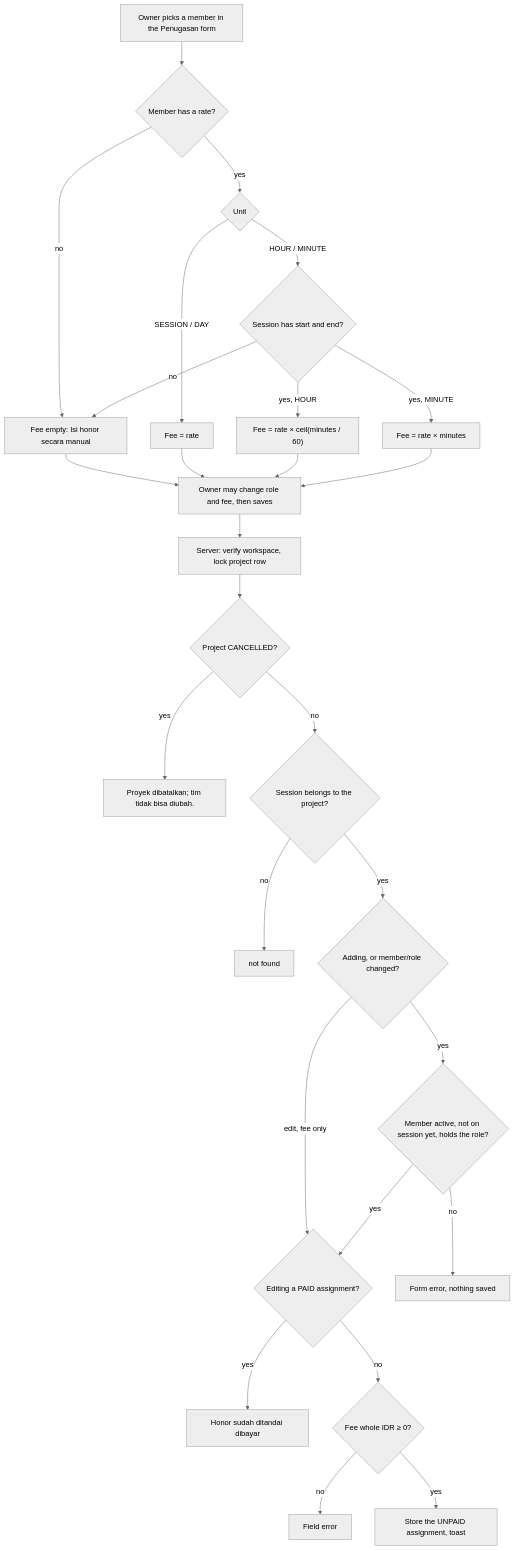
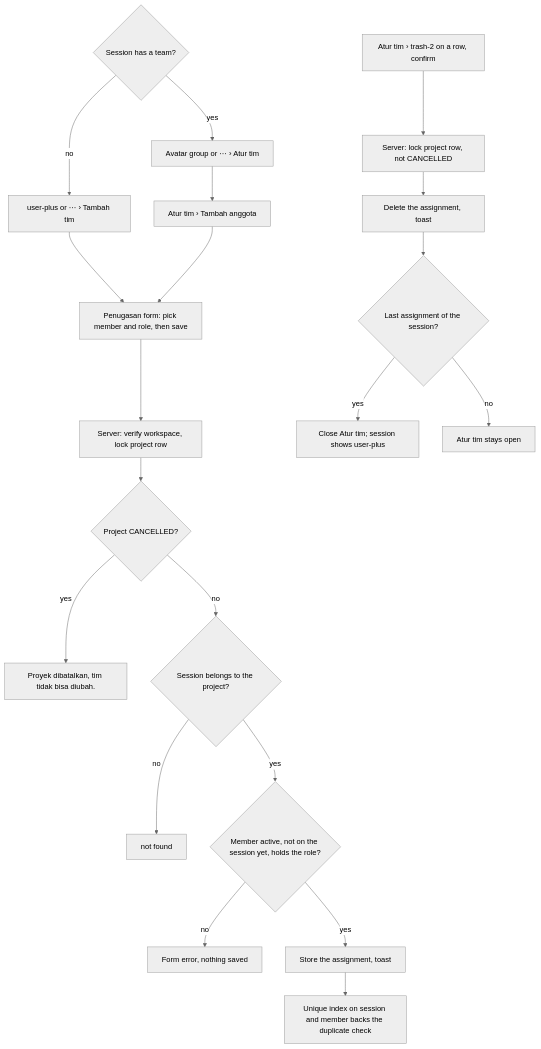
The first of 2 diagrams in docs/features/team-sessions/diagrams/activity.md (hardi-dev/shutrly-v0), drawn with Mermaid (neutral theme) before and after one commit. The commit also changed other lines of this file and 17 other files, not shown here.

Commit message:
docs(team-sessions): drop team fees, record atur tim design

````diff
--- a/docs/features/team-sessions/diagrams/activity.md
+++ b/docs/features/team-sessions/diagrams/activity.md
@@ -14,27 +14,19 @@
 ```mermaid
 flowchart TD
-    A[Owner picks a member in the Penugasan form] --> B{Member has a rate?}
-    B -- no --> E[Fee empty: Isi honor secara manual]
-    B -- yes --> C{Unit}
-    C -- SESSION / DAY --> F[Fee = rate]
-    C -- HOUR / MINUTE --> D{Session has start and end?}
-    D -- no --> E
-    D -- yes, HOUR --> G["Fee = rate × ceil(minutes / 60)"]
-    D -- yes, MINUTE --> H[Fee = rate × minutes]
-    E & F & G & H --> I[Owner may change role and fee, then saves]
-
-    I --> J[Server: verify workspace, lock project row]
+    A0{Session has a team?} -- no --> A1[user-plus or ⋯ › Tambah tim] --> C
+    A0 -- yes --> A2[Avatar group or ⋯ › Atur tim] --> B[Atur tim › Tambah anggota] --> C
+    C[Penugasan form: pick member and role, then save]
+    C --> J[Server: verify workspace, lock project row]
     J --> K{Project CANCELLED?}
-    K -- yes --> X1[Proyek dibatalkan; tim tidak bisa diubah.]
+    K -- yes --> X1[Proyek dibatalkan, tim tidak bisa diubah.]
     K -- no --> L{Session belongs to the project?}
     L -- no --> X2[not found]
-    L -- yes --> M{Adding, or member/role changed?}
-    M -- "edit, fee only" --> P
-    M -- yes --> N{Member active, not on session yet, holds the role?}
+    L -- yes --> N{Member active, not on the session yet, holds the role?}
     N -- no --> X3[Form error, nothing saved]
-    N -- yes --> P{Editing a PAID assignment?}
-    P -- yes --> X4[Honor sudah ditandai dibayar]
-    P -- no --> Q{Fee whole IDR ≥ 0?}
-    Q -- no --> X5[Field error]
-    Q -- yes --> R[Store the UNPAID assignment, toast]
+    N -- yes --> R[Store the assignment, toast]
+    R --> U[Unique index on session and member backs the duplicate check]
+    V[Atur tim › trash-2 on a row, confirm] --> W[Server: lock project row, not CANCELLED] --> Z[Delete the assignment, toast]
+    Z --> Z1{Last assignment of the session?}
+    Z1 -- yes --> Z2[Close Atur tim; session shows user-plus]
+    Z1 -- no --> Z3[Atur tim stays open]
 ```
````
